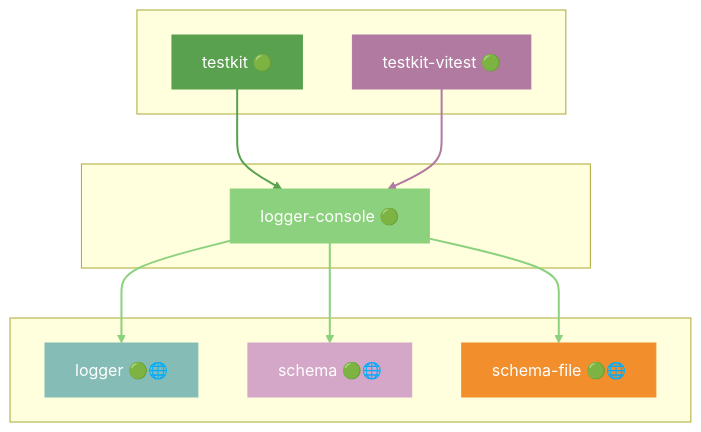
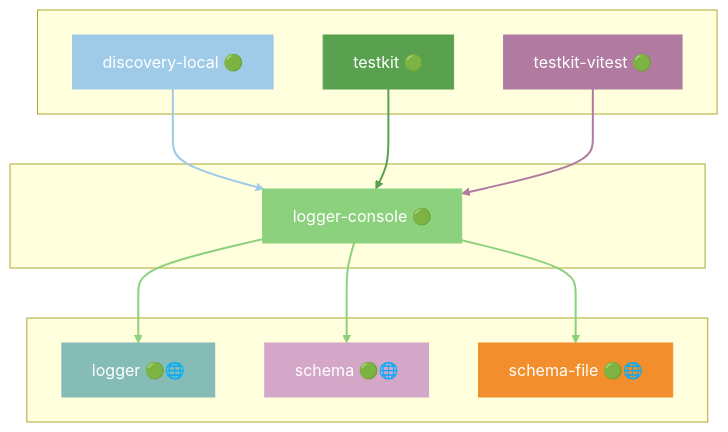
One commit to grest-ts/grest-ts changed diagram 31 of 47 in docs/DEPENDENCIES.md. Above: the diagram before and after it, drawn with Mermaid. The commit also changed other lines of this file and 3 other files, not shown here.

Commit message:
discovery-local: an unrecognized LOG_LEVEL falls back to INFO, not DEBUG (logger-console exports parseLogLevel); regenerate dependency docs

````diff
--- a/docs/DEPENDENCIES.md
+++ b/docs/DEPENDENCIES.md
@@ -1631,31 +1637,35 @@
 ```mermaid
 flowchart TB
     subgraph Dependents[" "]
+        discovery-local["discovery-local 🟢"]
         testkit["testkit 🟢"]
         testkit-vitest["testkit-vitest 🟢"]
     end
     subgraph Package[" "]
         logger-console["logger-console 🟢"]
     end
     subgraph Dependencies[" "]
         logger["logger 🟢🌐"]
         schema["schema 🟢🌐"]
         schema-file["schema-file 🟢🌐"]
     end
+    discovery-local --> logger-console
     testkit --> logger-console
     testkit-vitest --> logger-console
     logger-console --> logger
     logger-console --> schema
     logger-console --> schema-file
     style logger-console fill:#8CD17D,stroke:#8CD17D,color:#fff
+    style discovery-local fill:#A0CBE8,stroke:#A0CBE8,color:#fff
     style testkit fill:#59A14F,stroke:#59A14F,color:#fff
     style testkit-vitest fill:#B07AA1,stroke:#B07AA1,color:#fff
     style logger fill:#86BCB6,stroke:#86BCB6,color:#fff
     style schema fill:#D4A6C8,stroke:#D4A6C8,color:#fff
     style schema-file fill:#F28E2B,stroke:#F28E2B,color:#fff
-    linkStyle 0 stroke:#59A14F,stroke-width:2px
-    linkStyle 1 stroke:#B07AA1,stroke-width:2px
-    linkStyle 2 stroke:#8CD17D,stroke-width:2px
+    linkStyle 0 stroke:#A0CBE8,stroke-width:2px
+    linkStyle 1 stroke:#59A14F,stroke-width:2px
+    linkStyle 2 stroke:#B07AA1,stroke-width:2px
     linkStyle 3 stroke:#8CD17D,stroke-width:2px
     linkStyle 4 stroke:#8CD17D,stroke-width:2px
+    linkStyle 5 stroke:#8CD17D,stroke-width:2px
 ```
````
